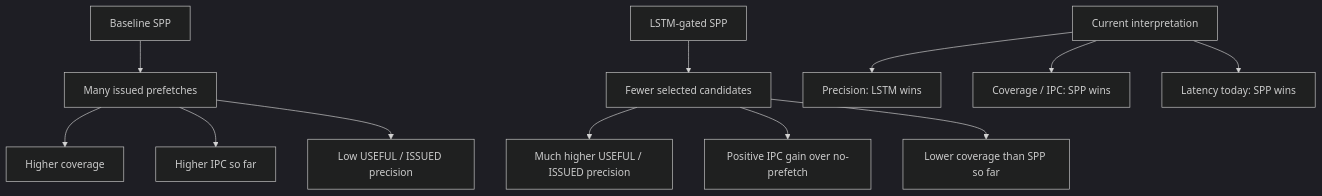
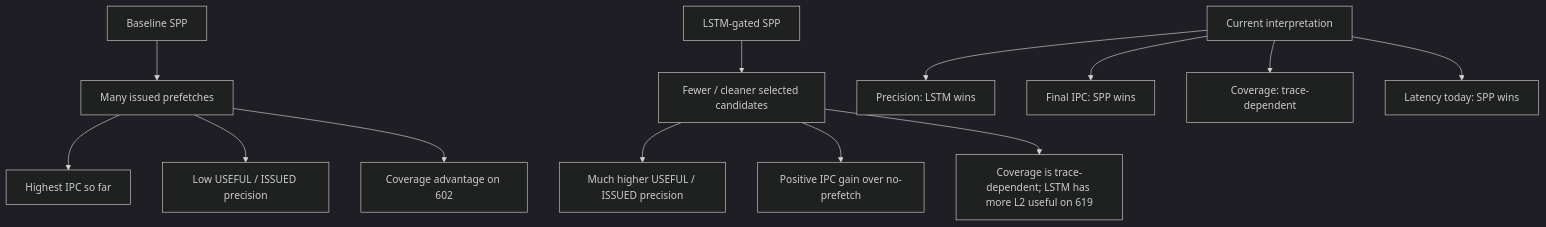
The fifth of 6 diagrams in formal_NN_training/LSTM_cache_action_pipeline_story.md (Angelawoo572/cache_arch), drawn with Mermaid (dark theme) before and after one commit. The commit also changed other lines of this file, not shown here.

Commit message:
Clarify trace-dependent coverage in LSTM story note

````diff
--- a/formal_NN_training/LSTM_cache_action_pipeline_story.md
+++ b/formal_NN_training/LSTM_cache_action_pipeline_story.md
@@ -178,16 +178,17 @@
 ```mermaid
 flowchart TD
     A[Baseline SPP] --> A1[Many issued prefetches]
-    A1 --> A2[Higher coverage]
-    A1 --> A3[Higher IPC so far]
-    A1 --> A4[Low USEFUL / ISSUED precision]
+    A1 --> A2[Highest IPC so far]
+    A1 --> A3[Low USEFUL / ISSUED precision]
+    A1 --> A4[Coverage advantage on 602]
 
-    B[LSTM-gated SPP] --> B1[Fewer selected candidates]
+    B[LSTM-gated SPP] --> B1[Fewer / cleaner selected candidates]
     B1 --> B2[Much higher USEFUL / ISSUED precision]
     B1 --> B3[Positive IPC gain over no-prefetch]
-    B1 --> B4[Lower coverage than SPP so far]
+    B1 --> B4[Coverage is trace-dependent; LSTM has more L2 useful on 619]
 
     C[Current interpretation] --> C1[Precision: LSTM wins]
-    C --> C2[Coverage / IPC: SPP wins]
-    C --> C3[Latency today: SPP wins]
+    C --> C2[Final IPC: SPP wins]
+    C --> C3[Coverage: trace-dependent]
+    C --> C4[Latency today: SPP wins]
 ```
````
